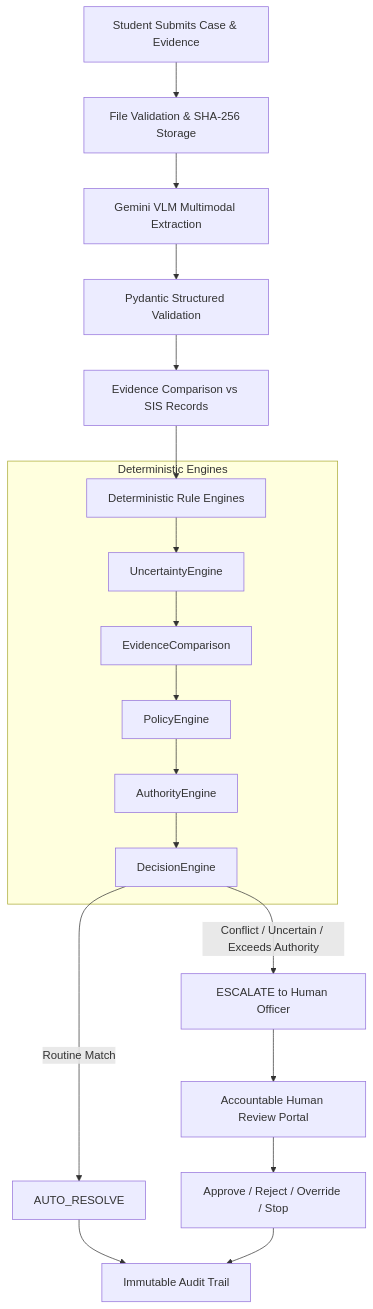
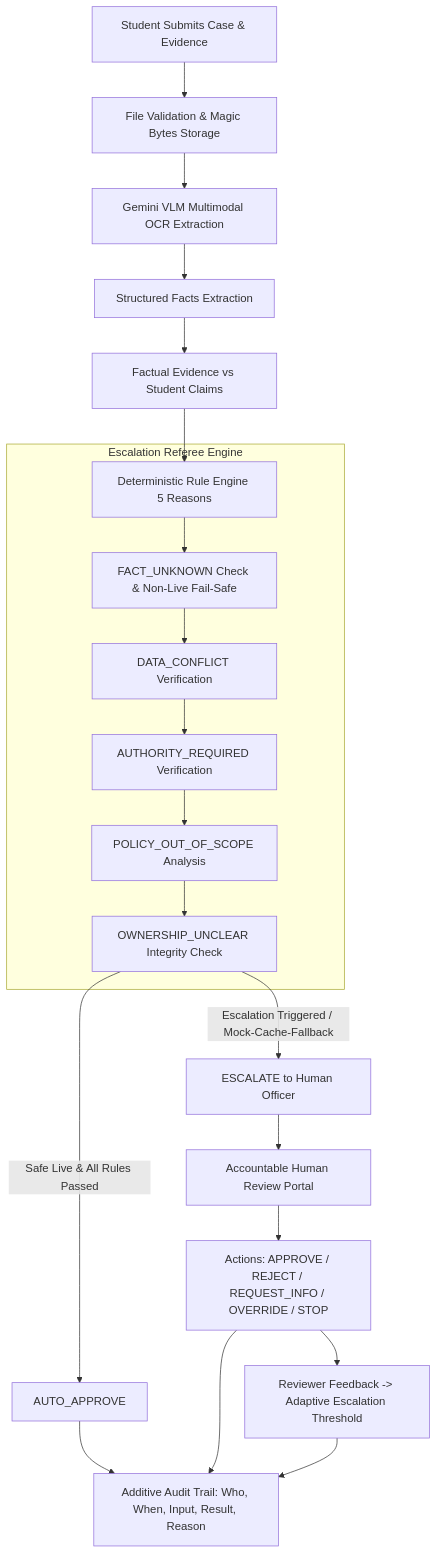
One commit to LeDucThinh203/MLAI changed the diagram in EDUASSISTANT/docs/architecture/ARCHITECTURE.md. Above: the diagram before and after it, drawn with Mermaid. The commit also changed other lines of this file and 51 other files, not shown here.

````diff
--- a/EDUASSISTANT/docs/architecture/ARCHITECTURE.md
+++ b/EDUASSISTANT/docs/architecture/ARCHITECTURE.md
@@ -7,24 +7,26 @@
 ```mermaid
 graph TD
-    A[Student Submits Case & Evidence] --> B[File Validation & SHA-256 Storage]
-    B --> C[Gemini VLM Multimodal Extraction]
-    C --> D[Pydantic Structured Validation]
-    D --> E[Evidence Comparison vs SIS Records]
-    E --> F[Deterministic Rule Engines]
+    A[Student Submits Case & Evidence] --> B[File Validation & Magic Bytes Storage]
+    B --> C[Gemini VLM Multimodal OCR Extraction]
+    C --> D[Structured Facts Extraction]
+    D --> E[Factual Evidence vs Student Claims]
+    E --> F[Deterministic Rule Engine 5 Reasons]
     
-    subgraph Deterministic Engines
-        F --> G[UncertaintyEngine]
-        G --> H[EvidenceComparison]
-        H --> I[PolicyEngine]
-        I --> J[AuthorityEngine]
-        J --> K[DecisionEngine]
+    subgraph Escalation Referee Engine
+        F --> G[FACT_UNKNOWN Check & Non-Live Fail-Safe]
+        G --> H[DATA_CONFLICT Verification]
+        H --> I[AUTHORITY_REQUIRED Verification]
+        I --> J[POLICY_OUT_OF_SCOPE Analysis]
+        J --> K[OWNERSHIP_UNCLEAR Integrity Check]
     end
     
-    K -->|Routine Match| L[AUTO_RESOLVE]
-    K -->|Conflict / Uncertain / Exceeds Authority| M[ESCALATE to Human Officer]
+    K -->|Safe Live & All Rules Passed| L[AUTO_APPROVE]
+    K -->|Escalation Triggered / Mock-Cache-Fallback| M[ESCALATE to Human Officer]
     M --> N[Accountable Human Review Portal]
-    N --> O[Approve / Reject / Override / Stop]
+    N --> O[Actions: APPROVE / REJECT / REQUEST_INFO / OVERRIDE / STOP]
+    O --> P[Reviewer Feedback -> Adaptive Escalation Threshold]
     
-    L --> P[Immutable Audit Trail]
-    O --> P
+    L --> Q[Additive Audit Trail: Who, When, Input, Result, Reason]
+    O --> Q
+    P --> Q
 ```
````
